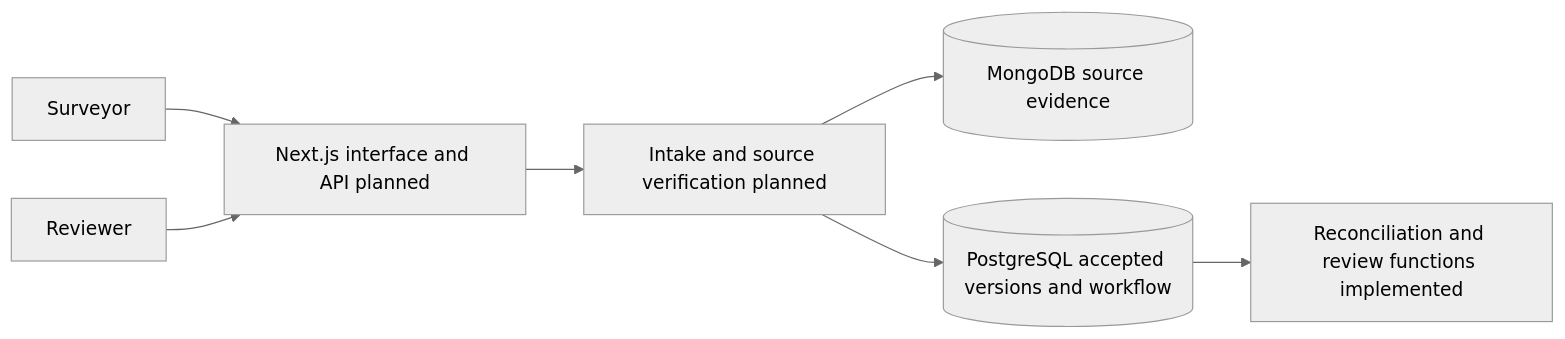
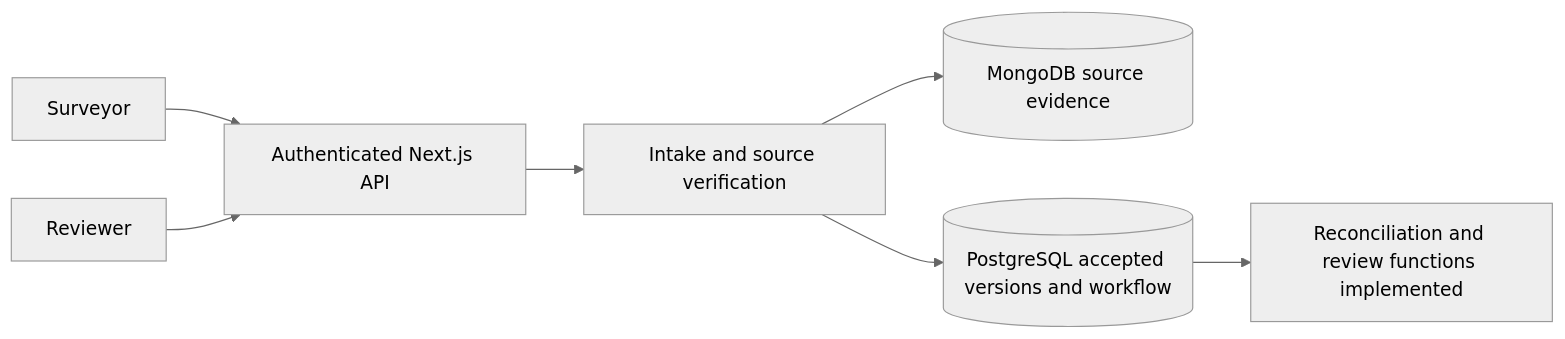
Before and after one commit to looney2000s/fieldmerge: the diagram in README.md, drawn with Mermaid (neutral theme). The commit also changed other lines of this file and 36 other files, not shown here.

Commit message:
Add authenticated Next.js API and verified cross-store intake

````diff
--- a/README.md
+++ b/README.md
@@ -13,9 +17,9 @@
 ```mermaid
 flowchart LR
-    S[Surveyor] --> UI[Next.js interface and API planned]
+    S[Surveyor] --> UI[Authenticated Next.js API]
     R[Reviewer] --> UI
-    UI --> IN[Intake and source verification planned]
+    UI --> IN[Intake and source verification]
     IN --> M[(MongoDB source evidence)]
     IN --> P[(PostgreSQL accepted versions and workflow)]
     P --> W[Reconciliation and review functions implemented]
 ```
````
